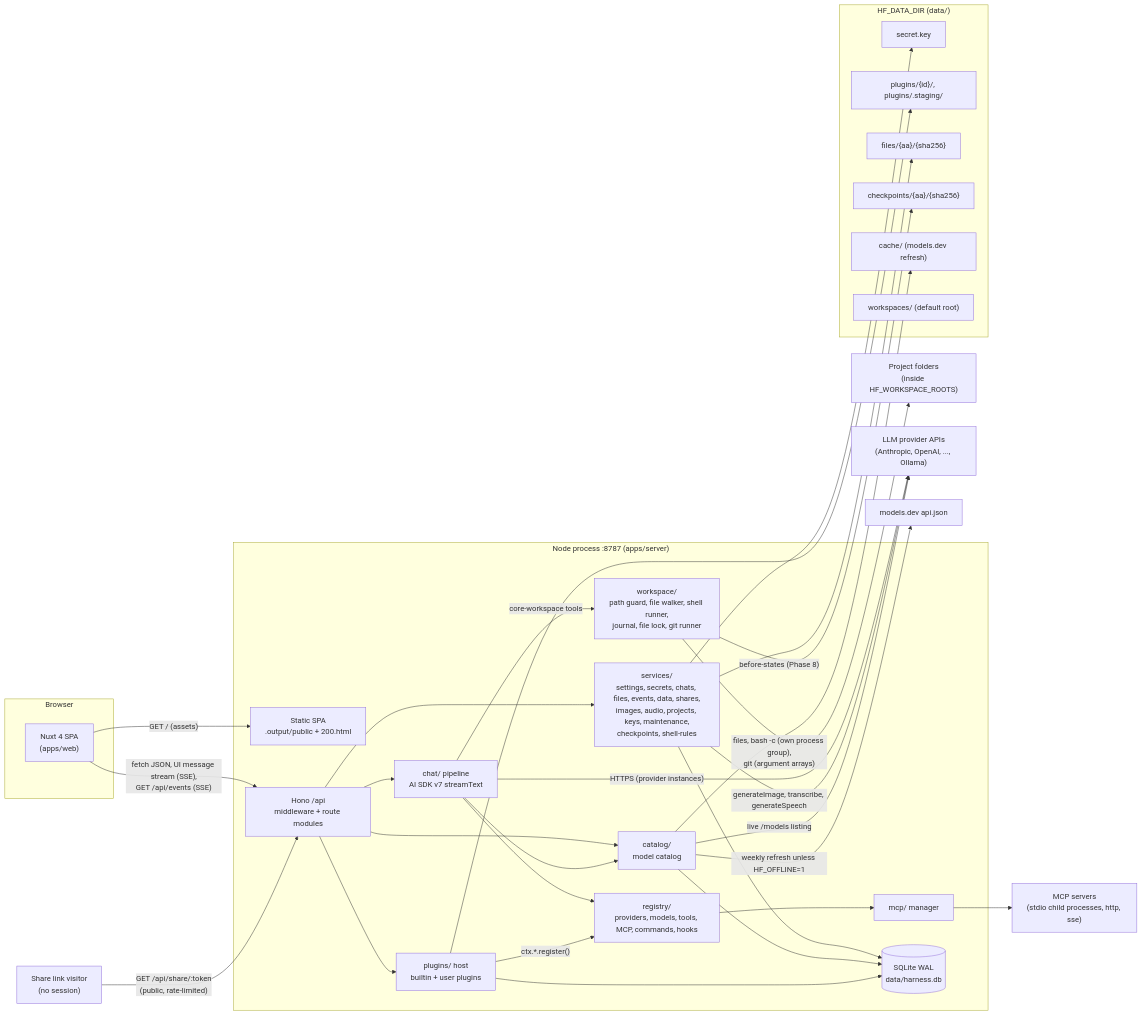
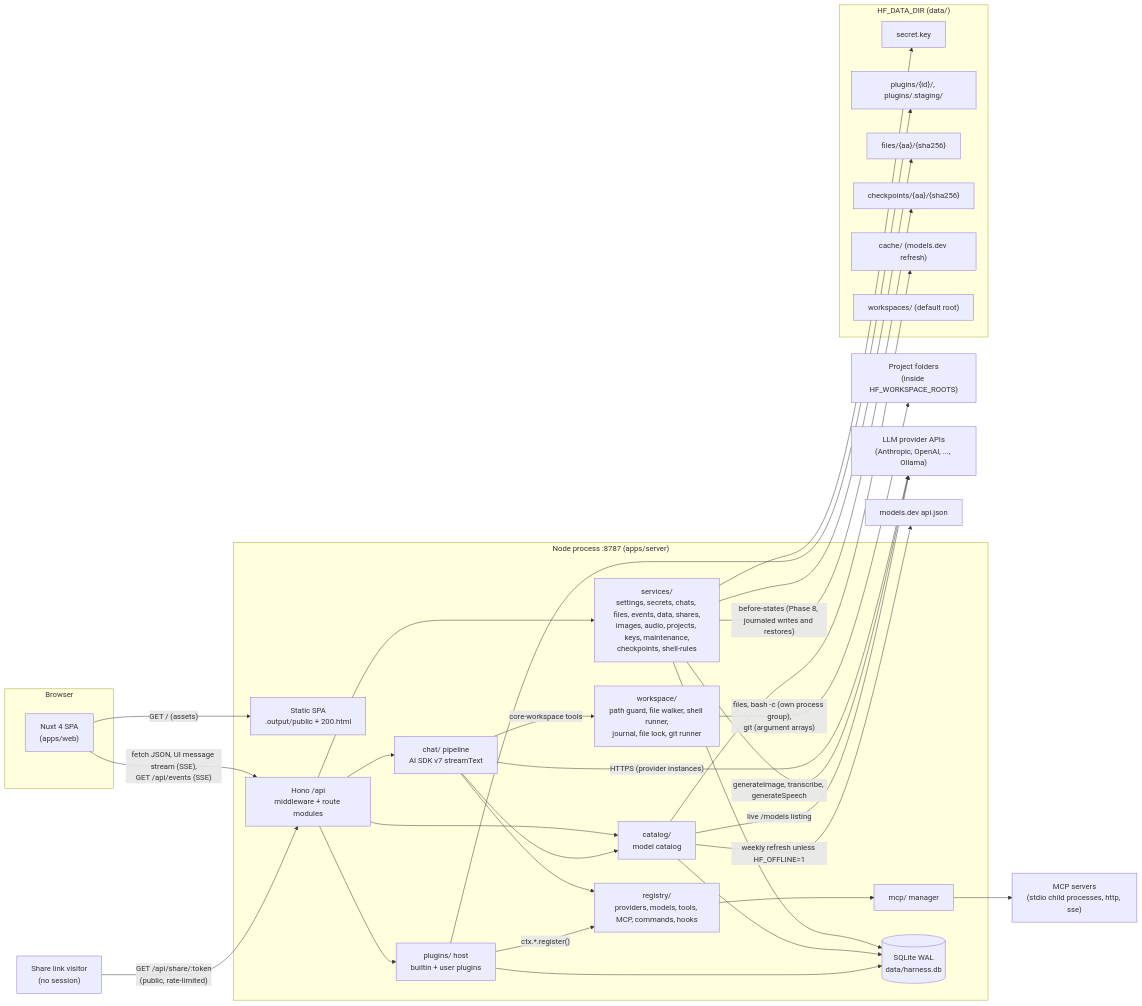
The first of 16 diagrams in docs/ARCHITECTURE.md (maksqi/harness-forge), drawn with Mermaid before and after one commit. The commit also changed other lines of this file and 34 other files, not shown here.

````diff
--- a/docs/ARCHITECTURE.md
+++ b/docs/ARCHITECTURE.md
@@ -13,57 +13,57 @@
 ```mermaid
 flowchart LR
   subgraph Browser
     SPA["Nuxt 4 SPA<br/>(apps/web)"]
   end
   subgraph Server["Node process :8787 (apps/server)"]
     Static["Static SPA<br/>.output/public + 200.html"]
     API["Hono /api<br/>middleware + route modules"]
     Chat["chat/ pipeline<br/>AI SDK v7 streamText"]
     Host["plugins/ host<br/>builtin + user plugins"]
     Reg["registry/<br/>providers, models, tools, MCP, commands, hooks"]
     Cat["catalog/<br/>model catalog"]
     MCPM["mcp/ manager"]
     Svc["services/<br/>settings, secrets, chats, files, events, data, shares,<br/>images, audio, projects, keys, maintenance,<br/>checkpoints, shell-rules"]
     WS["workspace/<br/>path guard, file walker, shell runner,<br/>journal, file lock, git runner"]
     DB[("SQLite WAL<br/>data/harness.db")]
   end
   subgraph DataDir["HF_DATA_DIR (data/)"]
     Key["secret.key"]
     PDir["plugins/{id}/, plugins/.staging/"]
     Files["files/{aa}/{sha256}"]
     Ckpt["checkpoints/{aa}/{sha256}"]
     Cache["cache/ (models.dev refresh)"]
     WRoot["workspaces/ (default root)"]
   end
   Proj["Project folders<br/>(inside HF_WORKSPACE_ROOTS)"]
   LLM["LLM provider APIs<br/>(Anthropic, OpenAI, ..., Ollama)"]
   MCPS["MCP servers<br/>(stdio child processes, http, sse)"]
   MD["models.dev api.json"]
 
   SPA -- "fetch JSON, UI message stream (SSE),<br/>GET /api/events (SSE)" --> API
   Visitor["Share link visitor<br/>(no session)"] -- "GET /api/share/:token<br/>(public, rate-limited)" --> API
   SPA -- "GET / (assets)" --> Static
   API --> Chat
   API --> Svc
   API --> Host
   API --> Cat
   Chat --> Reg
   Chat --> Cat
   Host -- "ctx.*.register()" --> Reg
   Reg --> MCPM
   Chat -- "HTTPS (provider instances)" --> LLM
   Svc -- "generateImage, transcribe, generateSpeech" --> LLM
   Cat -- "live /models listing" --> LLM
   Cat -- "weekly refresh unless HF_OFFLINE=1" --> MD
   MCPM --> MCPS
   Chat -- "core-workspace tools" --> WS
   WS -- "files, bash -c (own process group),<br/>git (argument arrays)" --> Proj
-  WS -- "before-states (Phase 8)" --> Ckpt
+  Svc -- "before-states (Phase 8, journaled writes and restores)" --> Ckpt
   Svc --> DB
   Cat --> DB
   Host --> DB
   Svc --> Key
   Svc --> Files
   Host --> PDir
   Cat --> Cache
 ```
````
